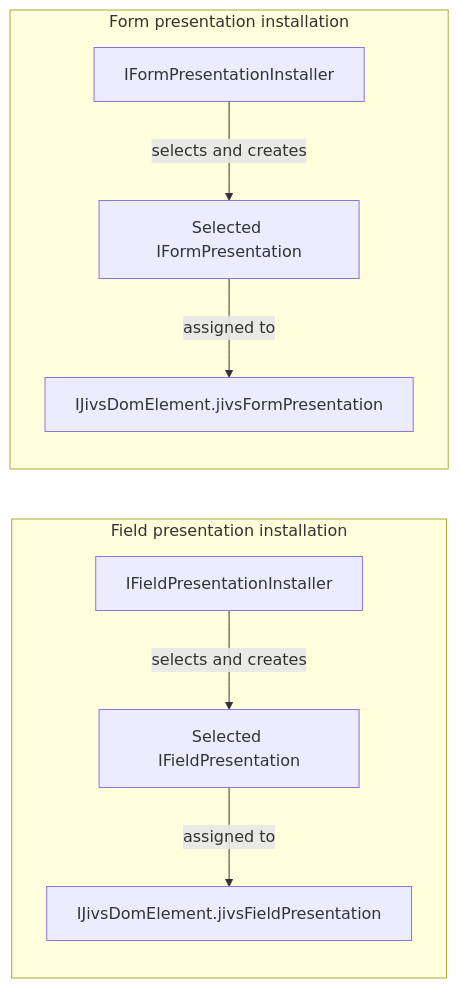
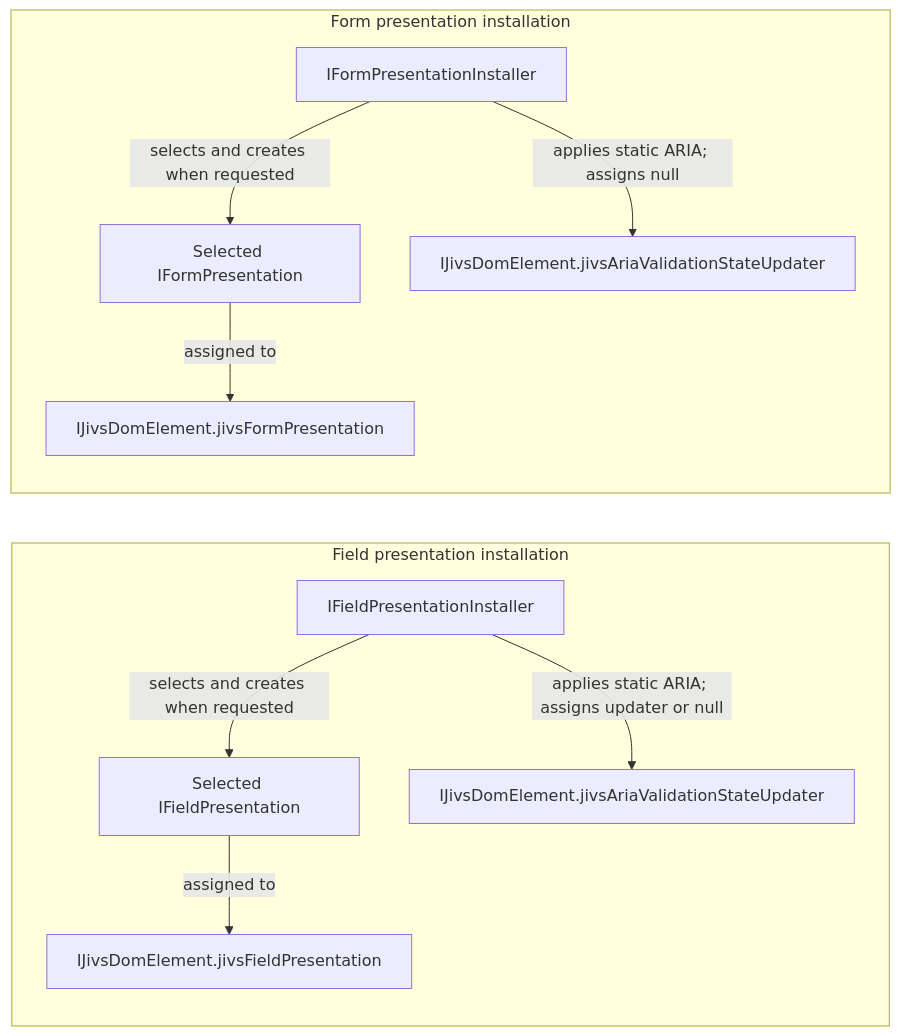
One commit to plblum/jivs changed the fourth of 7 diagrams in planning/Jivs-DOM_Implementation_Design.md. Above: the diagram before and after it, drawn with Mermaid. The commit also changed other lines of this file, not shown here.

Commit message:
Implementation design after Aria work

````diff
--- a/planning/Jivs-DOM_Implementation_Design.md
+++ b/planning/Jivs-DOM_Implementation_Design.md
@@ -148,24 +154,28 @@
 ```mermaid
 flowchart LR
     subgraph FIELD["Field presentation installation"]
         direction TB
 
         FIELD_INSTALLER["IFieldPresentationInstaller"]
         FIELD_PRESENTATION["Selected IFieldPresentation"]
-        FIELD_ELEMENT["IJivsDomElement.jivsFieldPresentation"]
+        FIELD_PRESENTATION_STATE["IJivsDomElement.jivsFieldPresentation"]
+        FIELD_ARIA_STATE["IJivsDomElement.jivsAriaValidationStateUpdater"]
 
-        FIELD_INSTALLER -->|"selects and creates"| FIELD_PRESENTATION
-        FIELD_PRESENTATION -->|"assigned to"| FIELD_ELEMENT
+        FIELD_INSTALLER -->|"selects and creates when requested"| FIELD_PRESENTATION
+        FIELD_PRESENTATION -->|"assigned to"| FIELD_PRESENTATION_STATE
+        FIELD_INSTALLER -->|"applies static ARIA; assigns updater or null"| FIELD_ARIA_STATE
     end
 
     subgraph FORM["Form presentation installation"]
         direction TB
 
         FORM_INSTALLER["IFormPresentationInstaller"]
         FORM_PRESENTATION["Selected IFormPresentation"]
-        FORM_ELEMENT["IJivsDomElement.jivsFormPresentation"]
+        FORM_PRESENTATION_STATE["IJivsDomElement.jivsFormPresentation"]
+        FORM_ARIA_STATE["IJivsDomElement.jivsAriaValidationStateUpdater"]
 
-        FORM_INSTALLER -->|"selects and creates"| FORM_PRESENTATION
-        FORM_PRESENTATION -->|"assigned to"| FORM_ELEMENT
+        FORM_INSTALLER -->|"selects and creates when requested"| FORM_PRESENTATION
+        FORM_PRESENTATION -->|"assigned to"| FORM_PRESENTATION_STATE
+        FORM_INSTALLER -->|"applies static ARIA; assigns null"| FORM_ARIA_STATE
     end
 ```
````
